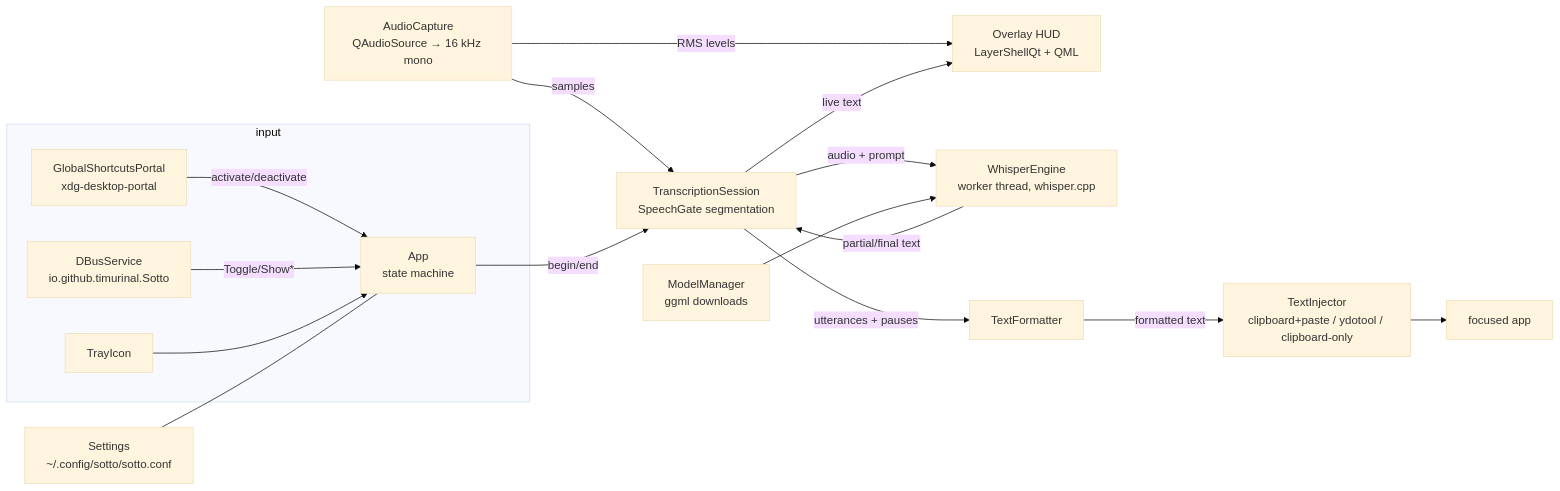
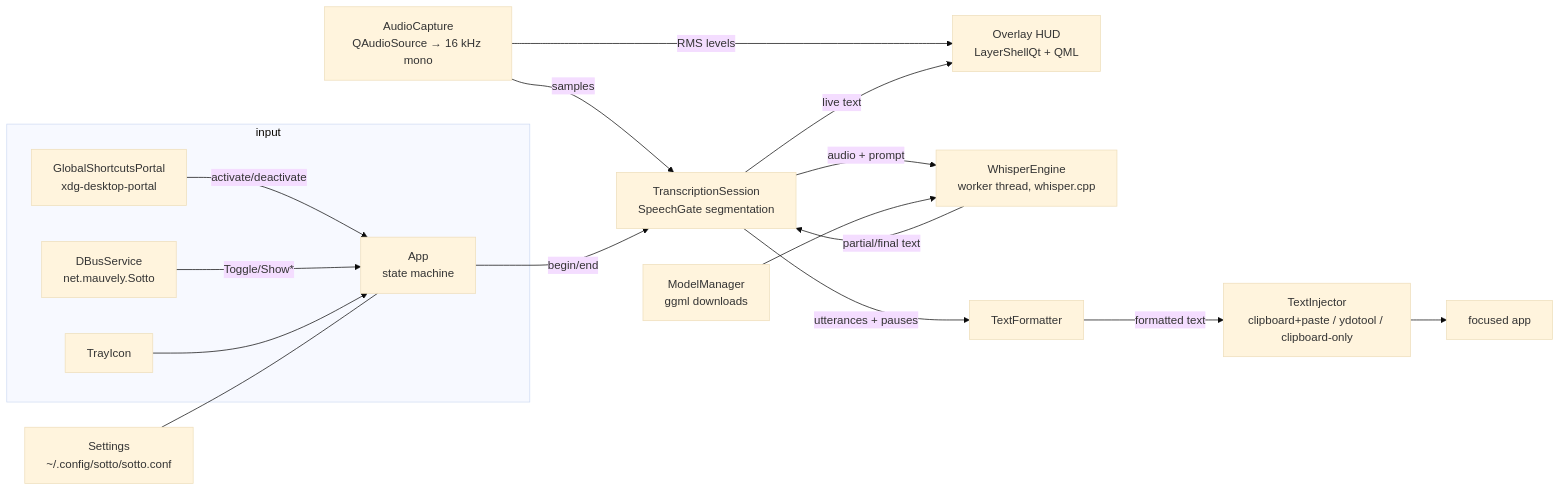
One commit to Mauvely/sotto changed the diagram in docs/ARCHITECTURE.md. Above: the diagram before and after it, drawn with Mermaid (base theme). The commit also changed other lines of this file and 30 other files, not shown here.

````diff
--- a/docs/ARCHITECTURE.md
+++ b/docs/ARCHITECTURE.md
@@ -8,24 +8,24 @@
 ```mermaid
 flowchart LR
     subgraph input
         HK[GlobalShortcutsPortal<br/>xdg-desktop-portal] -- activate/deactivate --> APP
-        DBUS[DBusService<br/>io.github.timurinal.Sotto] -- Toggle/Show* --> APP
+        DBUS[DBusService<br/>net.mauvely.Sotto] -- Toggle/Show* --> APP
         TRAY[TrayIcon] --> APP
     end
 
     APP[App<br/>state machine]
 
     MIC[AudioCapture<br/>QAudioSource → 16 kHz mono] -- samples --> SESS
     MIC -- RMS levels --> HUD
 
     APP -- begin/end --> SESS[TranscriptionSession<br/>SpeechGate segmentation]
     SESS -- audio + prompt --> ENG[WhisperEngine<br/>worker thread, whisper.cpp]
     ENG -- partial/final text --> SESS
     SESS -- live text --> HUD[Overlay HUD<br/>LayerShellQt + QML]
     SESS -- utterances + pauses --> FMT[TextFormatter]
     FMT -- formatted text --> INJ[TextInjector<br/>clipboard+paste / ydotool / clipboard-only]
     INJ --> FOCUSED[focused app]
 
     MODELS[ModelManager<br/>ggml downloads] --> ENG
     CFG[Settings<br/>~/.config/sotto/sotto.conf] --- APP
 ```
````
